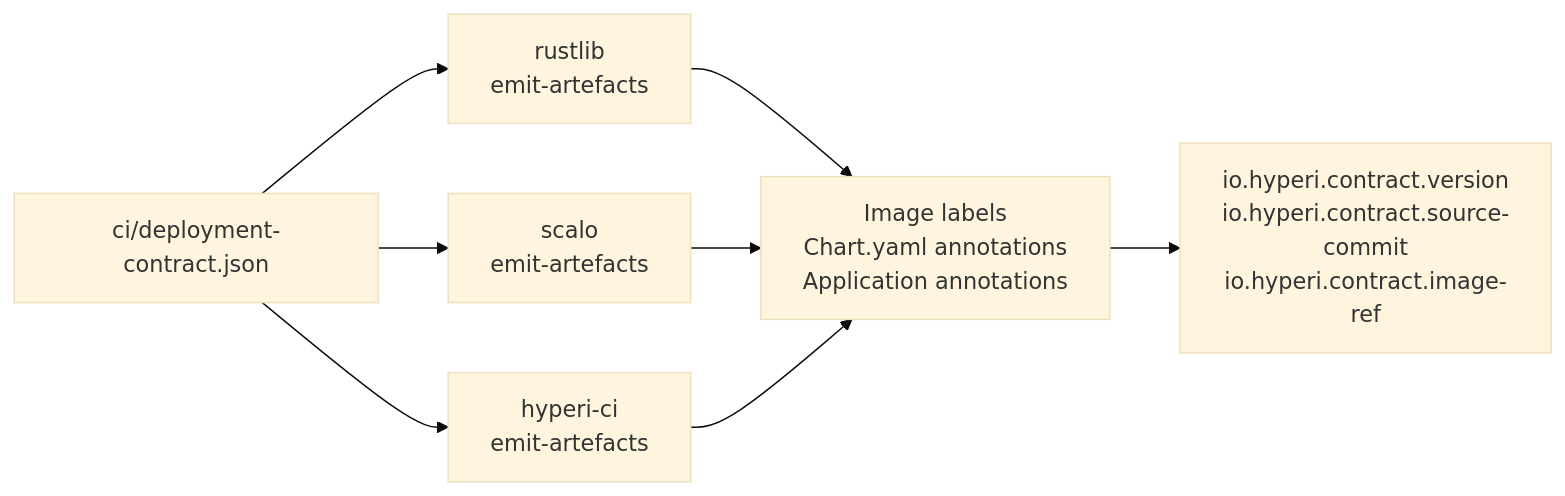
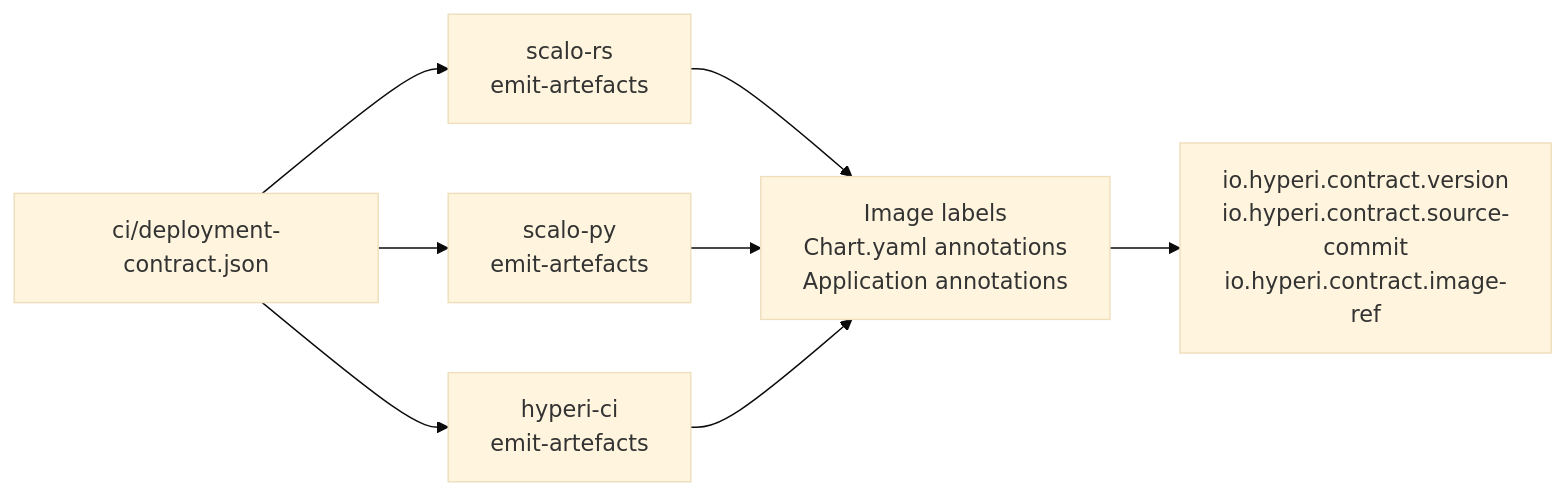
One commit to hyperi-io/hyperi-ci changed the diagram in docs/deployment/CONTRACT-IDENTITY.md. Above: the diagram before and after it, drawn with Mermaid (base theme). The commit also changed other lines of this file and 7 other files, not shown here.

````diff
--- a/docs/deployment/CONTRACT-IDENTITY.md
+++ b/docs/deployment/CONTRACT-IDENTITY.md
@@ -72,11 +72,11 @@
 ```mermaid
 flowchart LR
   C[ci/deployment-contract.json]
-  C --> R[rustlib<br/>emit-artefacts]
-  C --> P[scalo<br/>emit-artefacts]
+  C --> R[scalo-rs<br/>emit-artefacts]
+  C --> P[scalo-py<br/>emit-artefacts]
   C --> H[hyperi-ci<br/>emit-artefacts]
   R --> A[Image labels<br/>Chart.yaml annotations<br/>Application annotations]
   P --> A
   H --> A
   A --> K["io.hyperi.contract.version<br/>io.hyperi.contract.source-commit<br/>io.hyperi.contract.image-ref"]
 ```
````
